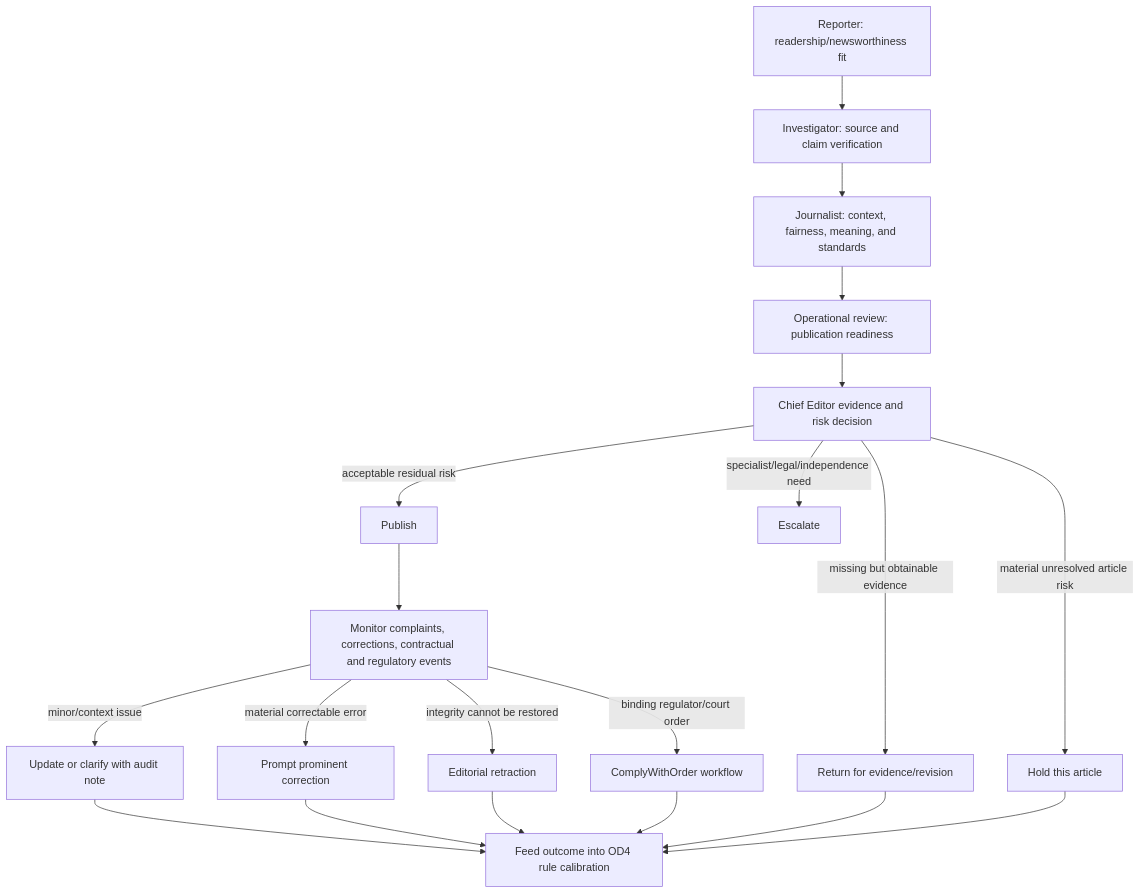
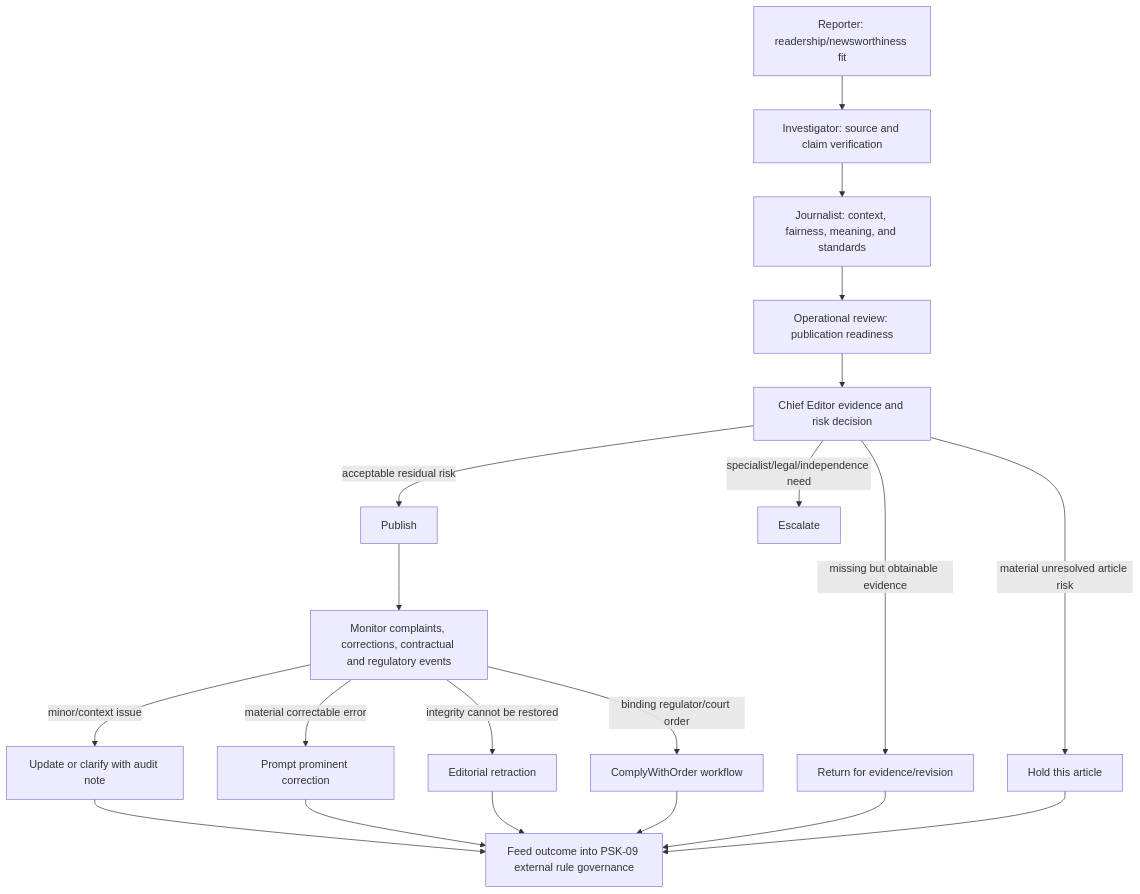
The diagram in docs/governance/media-industry-sop-fallback-implementation-plan.md (robertaoai/my-editorial-app), drawn with Mermaid before and after one commit. The commit also changed other lines of this file and 3 other files, not shown here.

````diff
--- a/docs/governance/media-industry-sop-fallback-implementation-plan.md
+++ b/docs/governance/media-industry-sop-fallback-implementation-plan.md
@@ -172,25 +176,25 @@
 ```mermaid
 flowchart TD
     A["Reporter: readership/newsworthiness fit"] --> B["Investigator: source and claim verification"]
     B --> C["Journalist: context, fairness, meaning, and standards"]
     C --> D["Operational review: publication readiness"]
     D --> E["Chief Editor evidence and risk decision"]
 
     E -->|acceptable residual risk| P["Publish"]
     E -->|missing but obtainable evidence| R["Return for evidence/revision"]
     E -->|material unresolved article risk| H["Hold this article"]
     E -->|specialist/legal/independence need| X["Escalate"]
 
     P --> M["Monitor complaints, corrections, contractual and regulatory events"]
     M -->|minor/context issue| U["Update or clarify with audit note"]
     M -->|material correctable error| K["Prompt prominent correction"]
     M -->|integrity cannot be restored| T["Editorial retraction"]
     M -->|binding regulator/court order| O["ComplyWithOrder workflow"]
 
-    U --> F["Feed outcome into OD4 rule calibration"]
+    U --> F["Feed outcome into PSK-09 external rule governance"]
     K --> F
     T --> F
     O --> F
     R --> F
     H --> F
 ```
````
